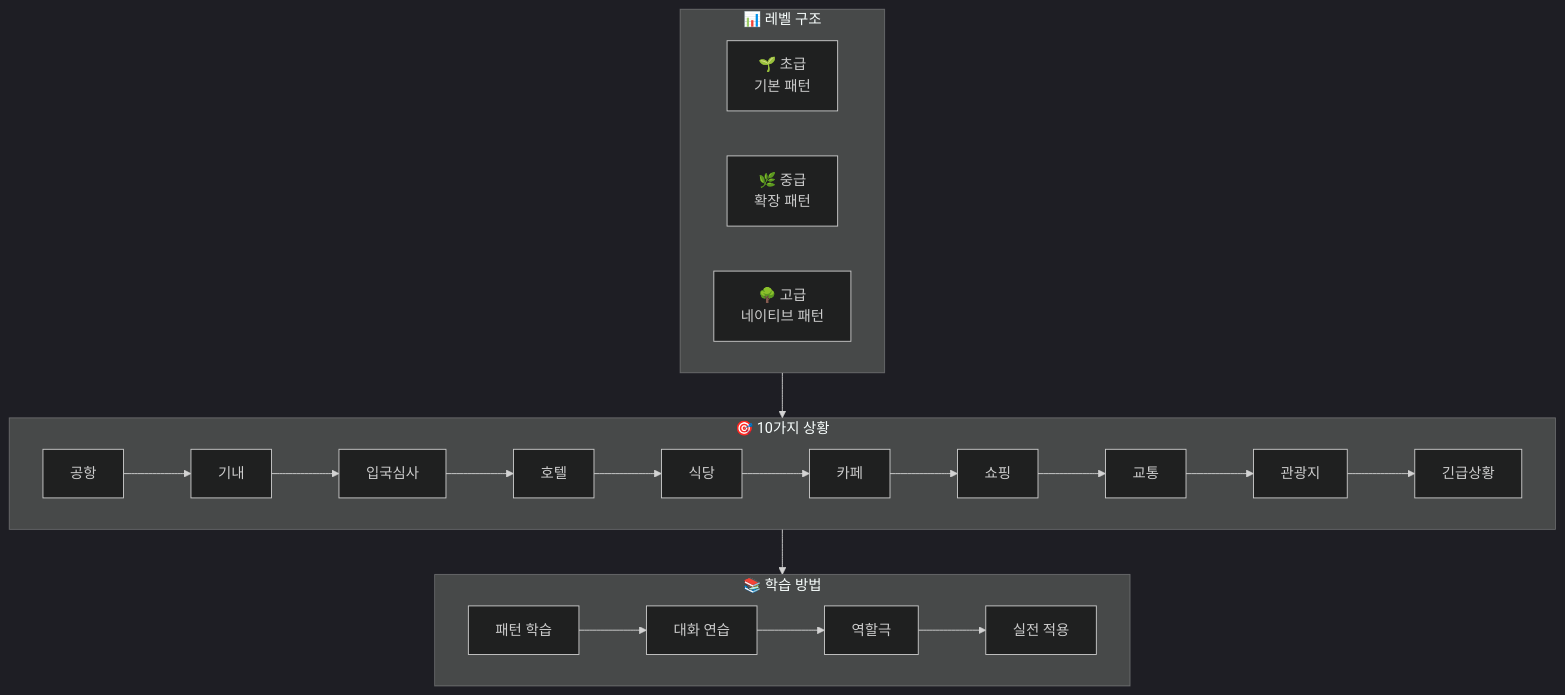
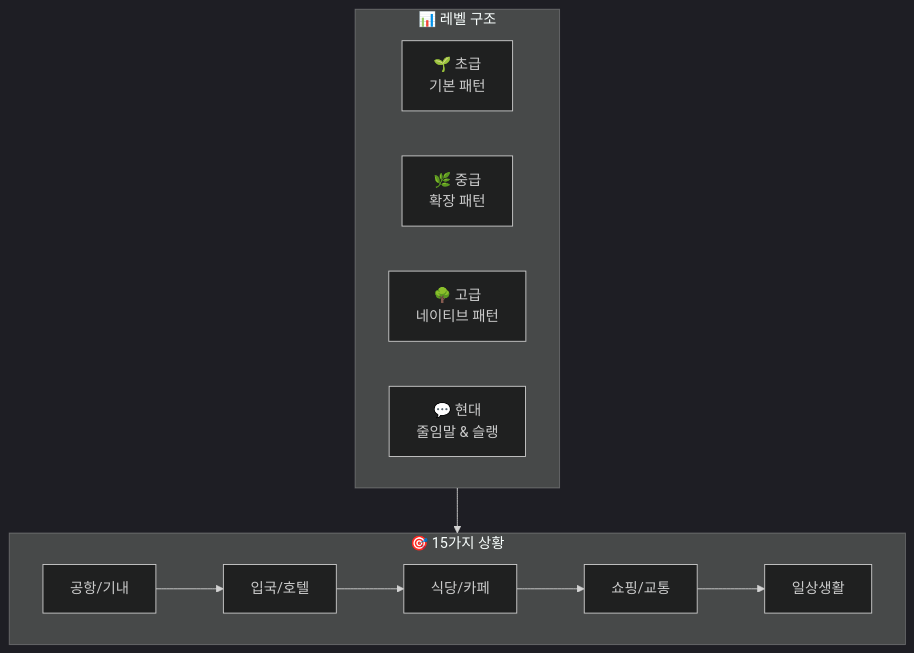
Before and after one commit to Collegenie-X/AI-English: the first of 26 diagrams in 영어_일상_회화/travel-english-conversations.md, drawn with Mermaid (dark theme). The commit also changed other lines of this file and 43 other files, not shown here.

````diff
--- a/영어_일상_회화/travel-english-conversations.md
+++ b/영어_일상_회화/travel-english-conversations.md
@@ -26,29 +31,19 @@
 ```mermaid
 flowchart TB
     subgraph 레벨["📊 레벨 구조"]
         L1["🌱 초급<br/>기본 패턴"]
         L2["🌿 중급<br/>확장 패턴"]
         L3["🌳 고급<br/>네이티브 패턴"]
+        L4["💬 현대<br/>줄임말 & 슬랭"]
     end
     
-    subgraph 상황["🎯 10가지 상황"]
-        S1[공항] --> S2[기내]
-        S2 --> S3[입국심사]
-        S3 --> S4[호텔]
-        S4 --> S5[식당]
-        S5 --> S6[카페]
-        S6 --> S7[쇼핑]
-        S7 --> S8[교통]
-        S8 --> S9[관광지]
-        S9 --> S10[긴급상황]
-    end
-    
-    subgraph 학습["📚 학습 방법"]
-        M1[패턴 학습] --> M2[대화 연습]
-        M2 --> M3[역할극]
-        M3 --> M4[실전 적용]
+    subgraph 상황["🎯 15가지 상황"]
+        direction LR
+        S1[공항/기내] --> S2[입국/호텔]
+        S2 --> S3[식당/카페]
+        S3 --> S4[쇼핑/교통]
+        S4 --> S5[일상생활]
     end
     
     레벨 --> 상황
-    상황 --> 학습
 ```
````
